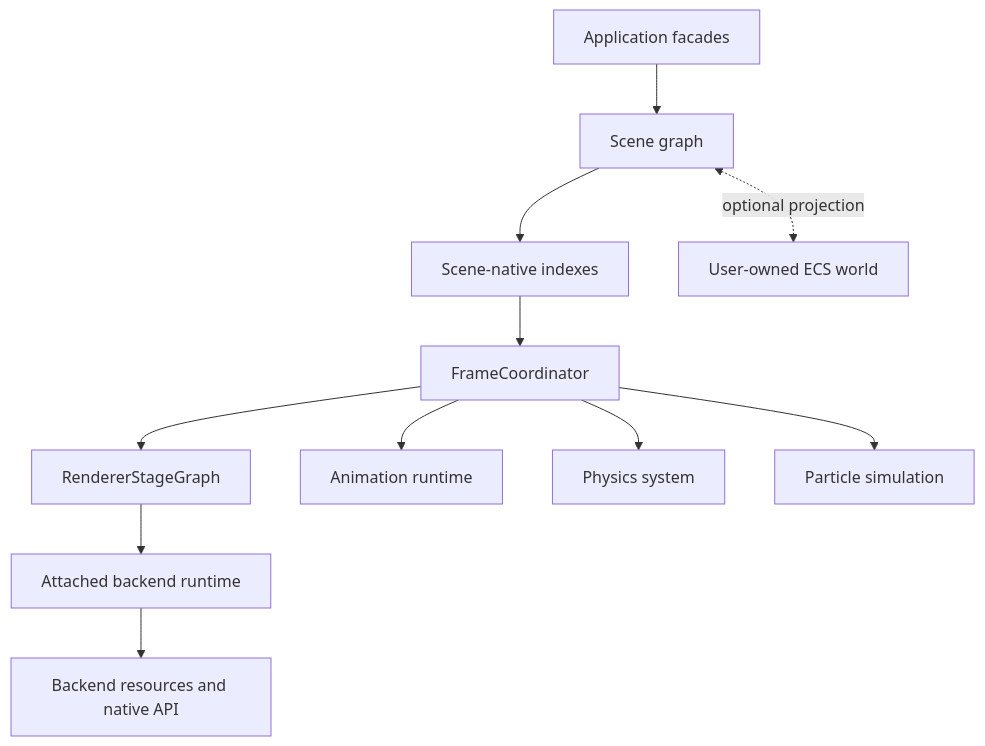
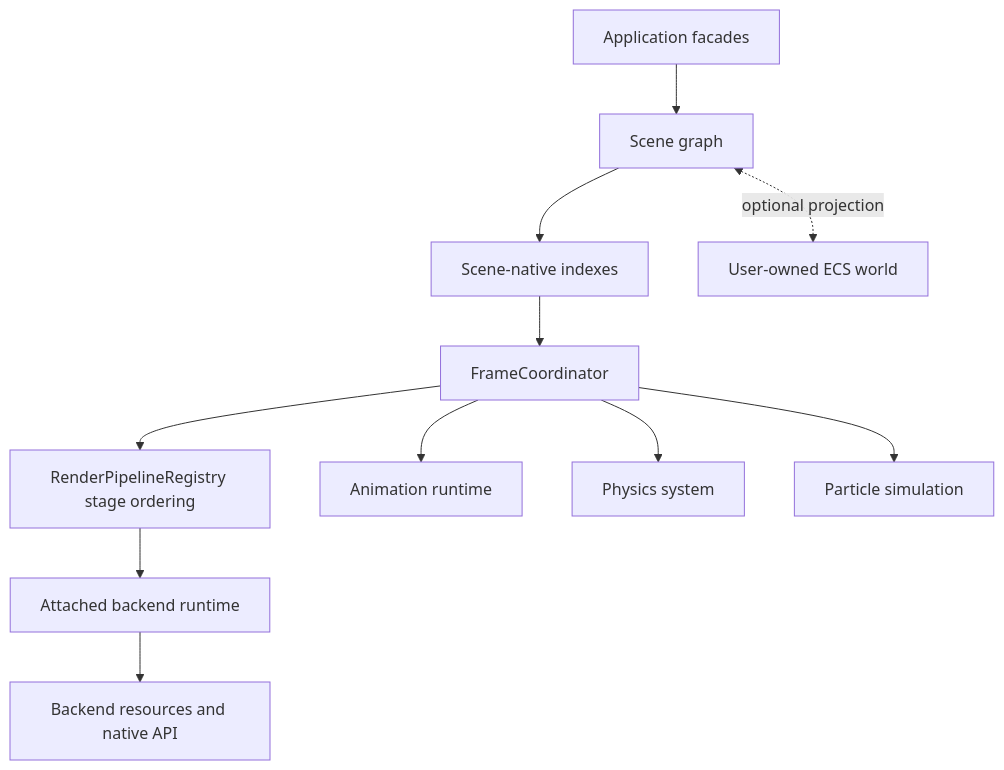
The diagram in docs/architecture/engine.md (Kunelinmc/IgnisRenderer), drawn with Mermaid before and after one commit. The commit also changed 11 other files, not shown here.

First line of the commit message:
refactor(pipeline)!: simplify stage ordering and warmup contracts

````diff
--- a/docs/architecture/engine.md
+++ b/docs/architecture/engine.md
@@ -12,14 +12,14 @@
 ```mermaid
 flowchart TD
 	A["Application facades"] --> S["Scene graph"]
 	S --> I["Scene-native indexes"]
 	I --> F["FrameCoordinator"]
 	S <-. "optional projection" .-> E["User-owned ECS world"]
-	F --> P["RendererStageGraph"]
+	F --> P["RenderPipelineRegistry stage ordering"]
 	P --> B["Attached backend runtime"]
 	B --> R["Backend resources and native API"]
 
 	F --> A1["Animation runtime"]
 	F --> P1["Physics system"]
 	F --> X1["Particle simulation"]
 ```
````
